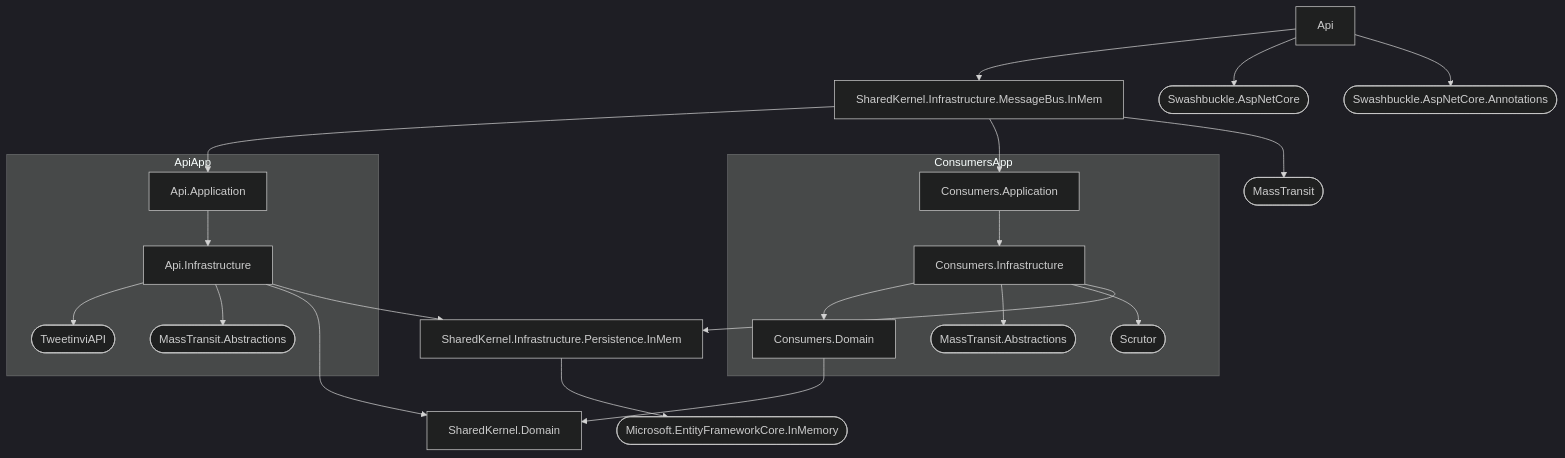
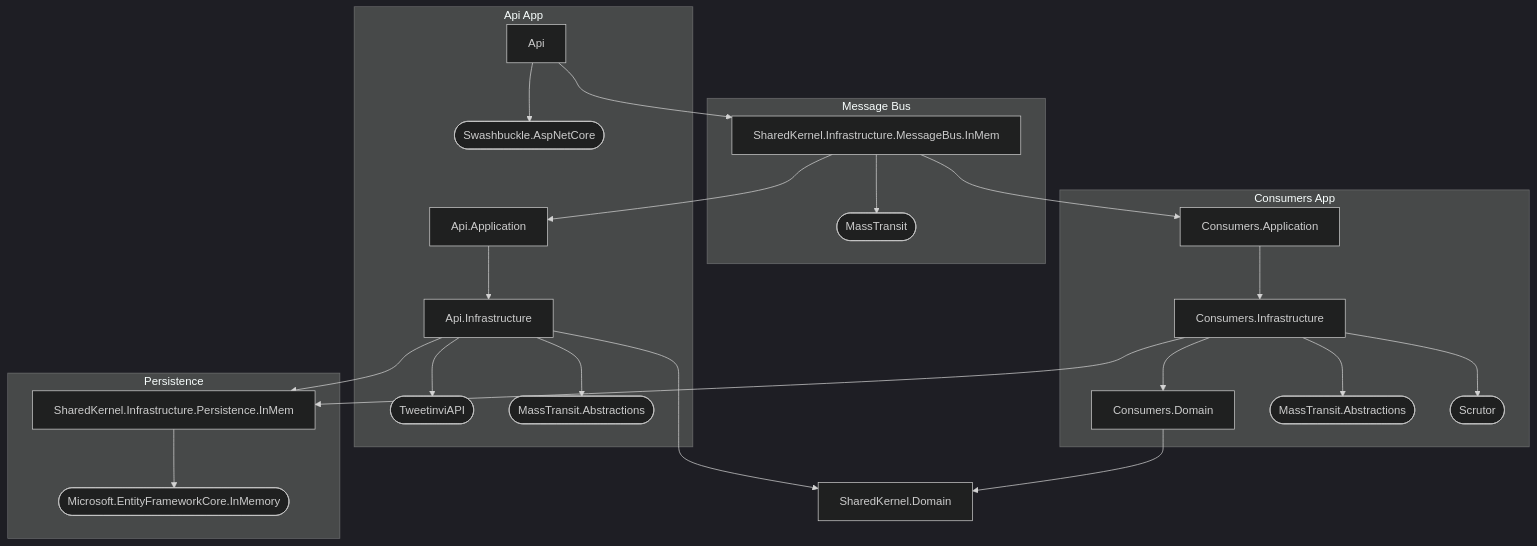
One commit to ahandswork/TwitterStreamAnalytics changed the diagram in README.md. Above: the diagram before and after it, drawn with Mermaid (dark theme). The commit also changed other lines of this file and 2 other files, not shown here.

Commit message:
docs: 📄 tweak architecture diagram

````diff
--- a/README.md
+++ b/README.md
@@ -30,25 +32,34 @@
 ```mermaid
 flowchart TB;  
-  Api-->SharedKernel.Infrastructure.MessageBus.InMem;
-  Api-->N1([Swashbuckle.AspNetCore]);
-  Api-->N2([Swashbuckle.AspNetCore.Annotations]);
-  SharedKernel.Infrastructure.MessageBus.InMem-->Api.Application;
-  SharedKernel.Infrastructure.MessageBus.InMem-->Consumers.Application;
-  SharedKernel.Infrastructure.MessageBus.InMem-->N3([MassTransit]);
-  subgraph ApiApp
-  Api.Application-->Api.Infrastructure;
-  Api.Infrastructure-->N4([TweetinviAPI]);
-  Api.Infrastructure-->N5([MassTransit.Abstractions]);  
-  end
-  subgraph ConsumersApp
-  Consumers.Application-->Consumers.Infrastructure;
-  Consumers.Infrastructure-->Consumers.Domain;
-  Consumers.Infrastructure-->N6([MassTransit.Abstractions]);
-  Consumers.Infrastructure-->N7([Scrutor]);
-  end
-  Api.Infrastructure-->SharedKernel.Domain;
-  Consumers.Domain-->SharedKernel.Domain;
-  Api.Infrastructure-->SharedKernel.Infrastructure.Persistence.InMem;
-  Consumers.Infrastructure-->SharedKernel.Infrastructure.Persistence.InMem;
-  SharedKernel.Infrastructure.Persistence.InMem-->N8([Microsoft.EntityFrameworkCore.InMemory]);
+	Api-->SharedKernel.Infrastructure.MessageBus.InMem;
+
+	subgraph Message Bus
+		SharedKernel.Infrastructure.MessageBus.InMem-->N3([MassTransit]);
+	end
+
+	SharedKernel.Infrastructure.MessageBus.InMem-->Api.Application;
+	SharedKernel.Infrastructure.MessageBus.InMem-->Consumers.Application;
+  
+	subgraph Api App
+		Api-->N1([Swashbuckle.AspNetCore]);
+		Api.Application-->Api.Infrastructure;
+		Api.Infrastructure-->N4([TweetinviAPI]);
+		Api.Infrastructure-->N5([MassTransit.Abstractions]);  
+	end
+
+	subgraph Consumers App
+		Consumers.Application-->Consumers.Infrastructure;
+		Consumers.Infrastructure-->Consumers.Domain;
+		Consumers.Infrastructure-->N6([MassTransit.Abstractions]);
+		Consumers.Infrastructure-->N7([Scrutor]);
+	end
+
+	Api.Infrastructure-->SharedKernel.Domain;
+	Consumers.Domain-->SharedKernel.Domain;
+	Api.Infrastructure-->SharedKernel.Infrastructure.Persistence.InMem;
+	Consumers.Infrastructure-->SharedKernel.Infrastructure.Persistence.InMem;
+
+	subgraph Persistence
+		SharedKernel.Infrastructure.Persistence.InMem-->N8([Microsoft.EntityFrameworkCore.InMemory]);
+	end
 ```
````
